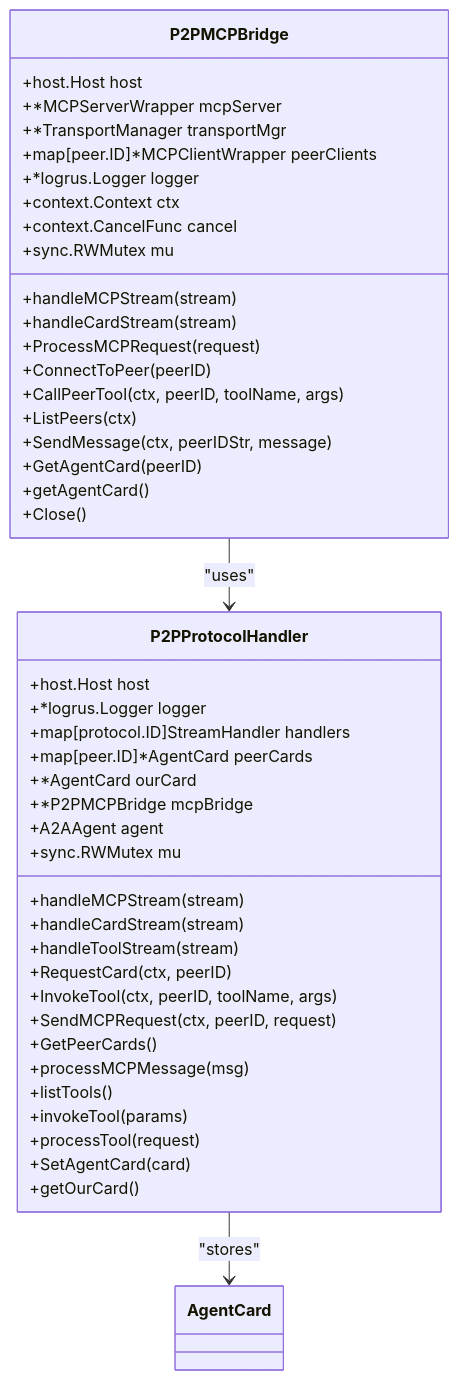
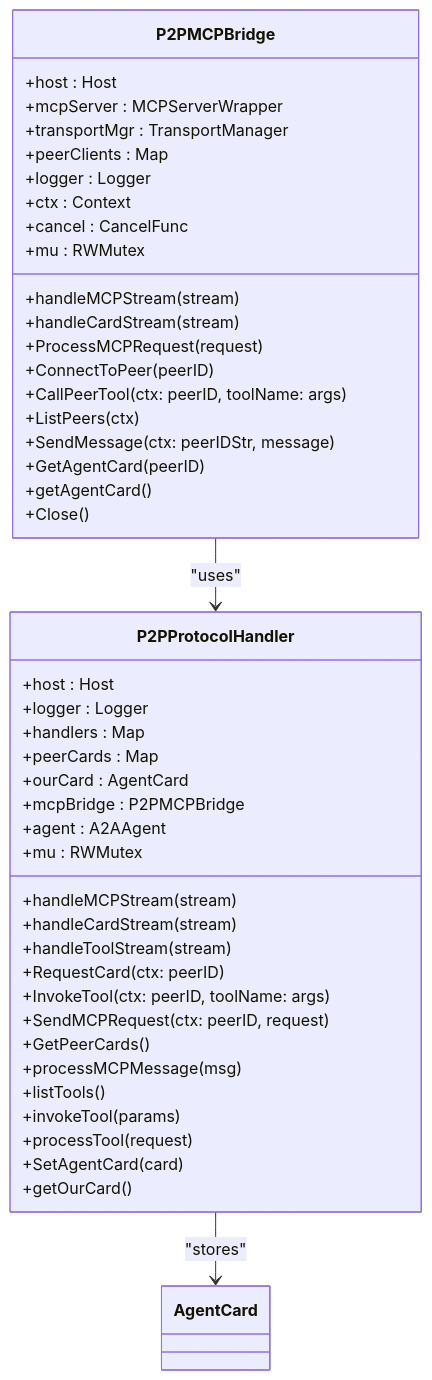
Before and after one commit to prxs-ai/praxis-go-sdk: the fourth of 5 diagrams in docs/Architecture Overview/P2P Networking Layer/Agent Card Exchange and Capability Negotiation.md, drawn with Mermaid. The commit also changed other lines of this file and 141 other files, not shown here.

````diff
--- a/docs/Architecture Overview/P2P Networking Layer/Agent Card Exchange and Capability Negotiation.md
+++ b/docs/Architecture Overview/P2P Networking Layer/Agent Card Exchange and Capability Negotiation.md
@@ -134,48 +134,48 @@
 ```mermaid
 classDiagram
 class P2PMCPBridge {
-+host.Host host
-+*MCPServerWrapper mcpServer
-+*TransportManager transportMgr
-+map[peer.ID]*MCPClientWrapper peerClients
-+*logrus.Logger logger
-+context.Context ctx
-+context.CancelFunc cancel
-+sync.RWMutex mu
++host : Host
++mcpServer : MCPServerWrapper
++transportMgr : TransportManager
++peerClients : Map<ID, MCPClientWrapper>
++logger : Logger
++ctx : Context
++cancel : CancelFunc
++mu : RWMutex
 +handleMCPStream(stream)
 +handleCardStream(stream)
 +ProcessMCPRequest(request)
 +ConnectToPeer(peerID)
-+CallPeerTool(ctx, peerID, toolName, args)
++CallPeerTool(ctx: peerID, toolName: args)
 +ListPeers(ctx)
-+SendMessage(ctx, peerIDStr, message)
++SendMessage(ctx: peerIDStr, message)
 +GetAgentCard(peerID)
 +getAgentCard()
 +Close()
 }
 class P2PProtocolHandler {
-+host.Host host
-+*logrus.Logger logger
-+map[protocol.ID]StreamHandler handlers
-+map[peer.ID]*AgentCard peerCards
-+*AgentCard ourCard
-+*P2PMCPBridge mcpBridge
-+A2AAgent agent
-+sync.RWMutex mu
++host : Host
++logger : Logger
++handlers : Map<ID, StreamHandler>
++peerCards : Map<ID, AgentCard>
++ourCard : AgentCard
++mcpBridge : P2PMCPBridge
++agent : A2AAgent
++mu : RWMutex
 +handleMCPStream(stream)
 +handleCardStream(stream)
 +handleToolStream(stream)
-+RequestCard(ctx, peerID)
-+InvokeTool(ctx, peerID, toolName, args)
-+SendMCPRequest(ctx, peerID, request)
++RequestCard(ctx: peerID)
++InvokeTool(ctx: peerID, toolName: args)
++SendMCPRequest(ctx: peerID, request)
 +GetPeerCards()
 +processMCPMessage(msg)
 +listTools()
 +invokeTool(params)
 +processTool(request)
 +SetAgentCard(card)
 +getOurCard()
 }
 P2PMCPBridge --> P2PProtocolHandler : "uses"
 P2PProtocolHandler --> AgentCard : "stores"
 ```
````
